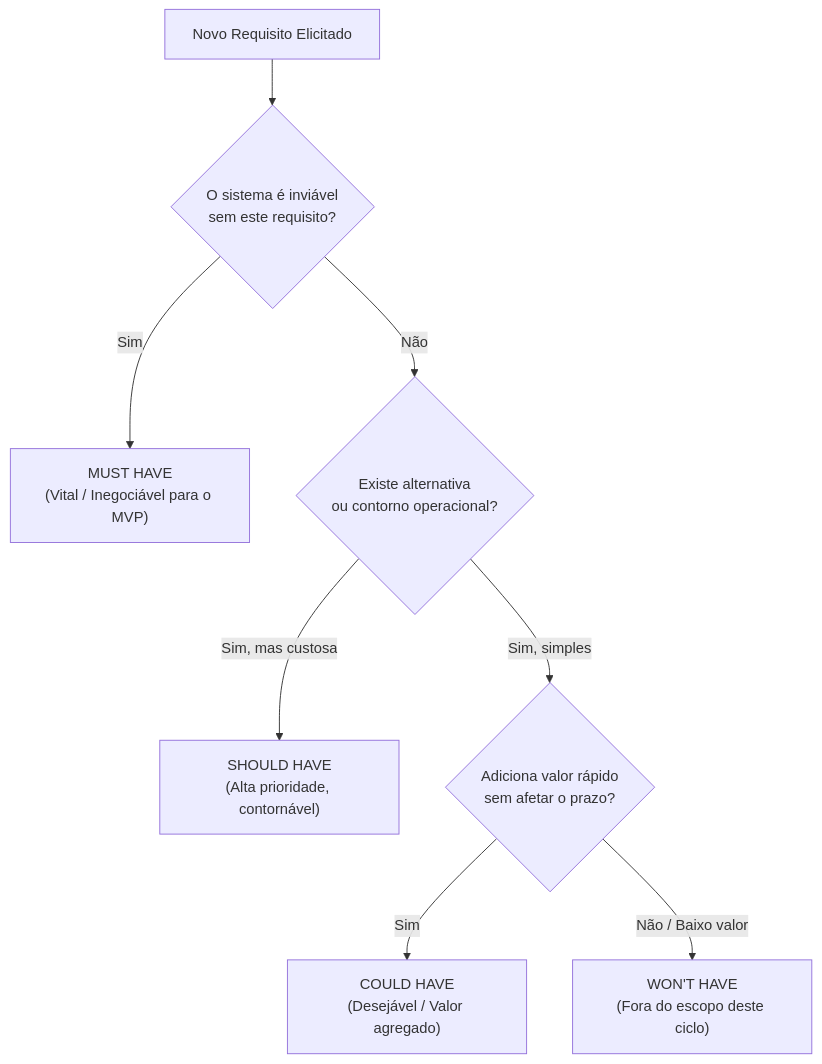
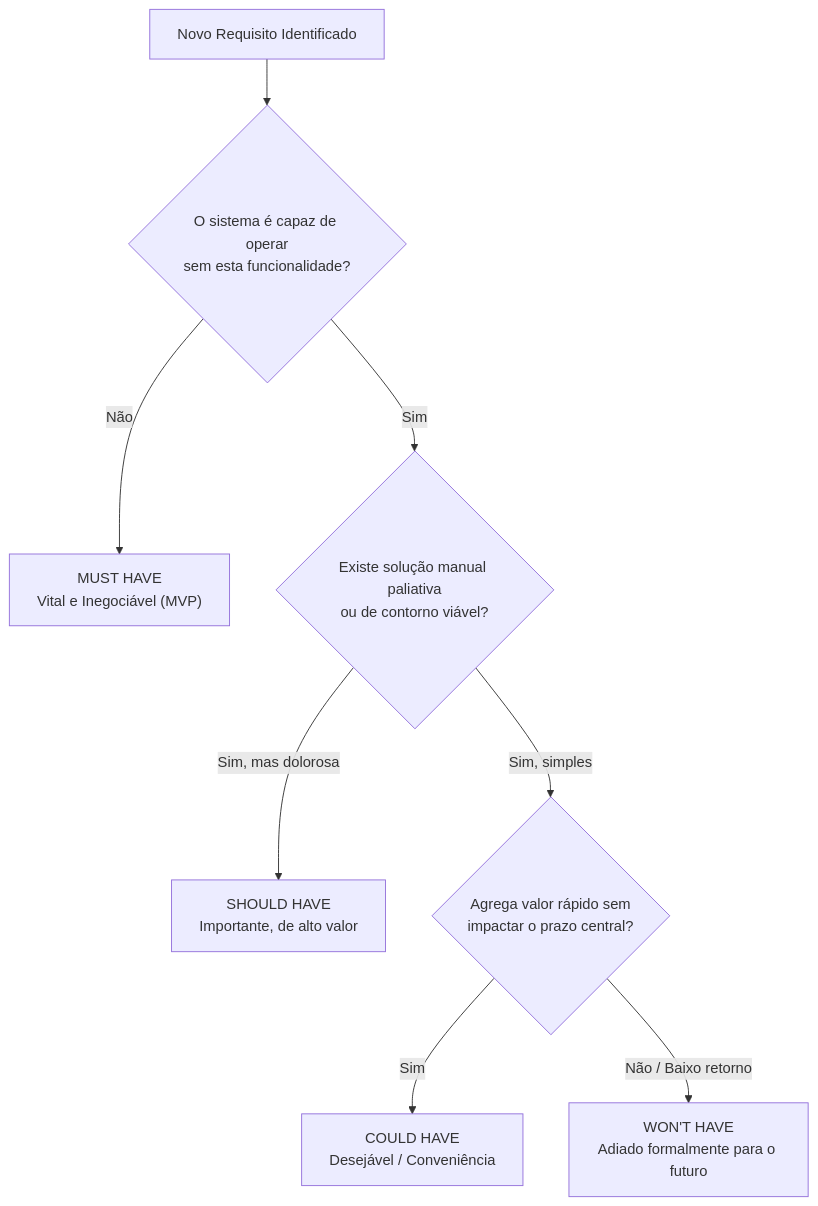
One commit to murilolol/unifef changed diagram 11 of 32 in 4º Semestre/[Prof. Wesley Soares] Engenharia de Software II/Resumos-IA/Simulados-Comentados.md. Above: the diagram before and after it, drawn with Mermaid. The commit also changed other lines of this file and 18 other files, not shown here.

````diff
--- a/4º Semestre/[Prof. Wesley Soares] Engenharia de Software II/Resumos-IA/Simulados-Comentados.md
+++ b/4º Semestre/[Prof. Wesley Soares] Engenharia de Software II/Resumos-IA/Simulados-Comentados.md
@@ -495,10 +535,10 @@
 ```mermaid
 flowchart TD
-    Req["Novo Requisito Elicitado"] --> Q1{"O sistema é inviável<br>sem este requisito?"}
-    Q1 -- "Sim" --> M["MUST HAVE<br>(Vital / Inegociável para o MVP)"]
-    Q1 -- "Não" --> Q2{"Existe alternativa<br>ou contorno operacional?"}
-    Q2 -- "Sim, mas custosa" --> S["SHOULD HAVE<br>(Alta prioridade, contornável)"]
-    Q2 -- "Sim, simples" --> Q3{"Adiciona valor rápido<br>sem afetar o prazo?"}
-    Q3 -- "Sim" --> C["COULD HAVE<br>(Desejável / Valor agregado)"]
-    Q3 -- "Não / Baixo valor" --> W["WON'T HAVE<br>(Fora do escopo deste ciclo)"]
+ R[Novo Requisito Identificado] --> Q1{O sistema é capaz de operar<br/>sem esta funcionalidade?}
+ Q1 -- Não --> M["MUST HAVE<br/>Vital e Inegociável (MVP)"]
+ Q1 -- Sim --> Q2{Existe solução manual paliativa<br/>ou de contorno viável?}
+ Q2 -- Sim, mas dolorosa --> S["SHOULD HAVE<br/>Importante, de alto valor"]
+ Q2 -- Sim, simples --> Q3{Agrega valor rápido sem<br/>impactar o prazo central?}
+ Q3 -- Sim --> C["COULD HAVE<br/>Desejável / Conveniência"]
+ Q3 -- Não / Baixo retorno --> W["WON'T HAVE<br/>Adiado formalmente para o futuro"]
 ```
````
